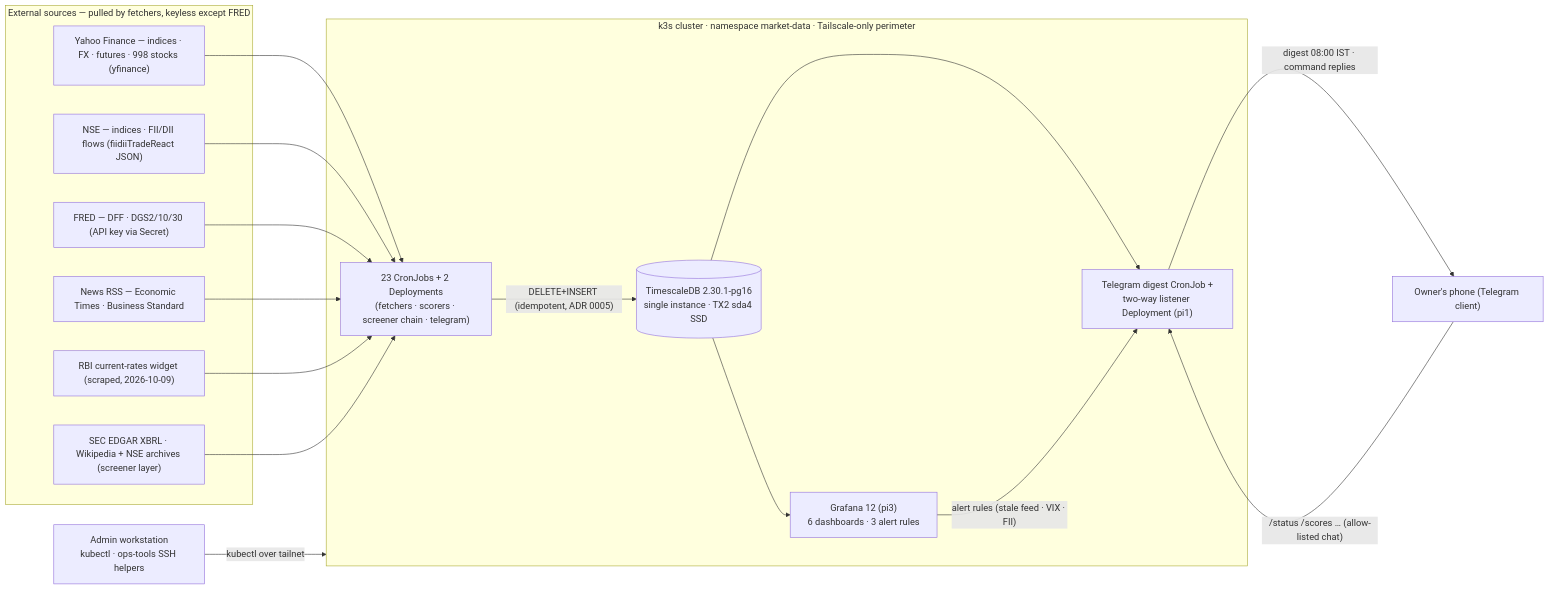
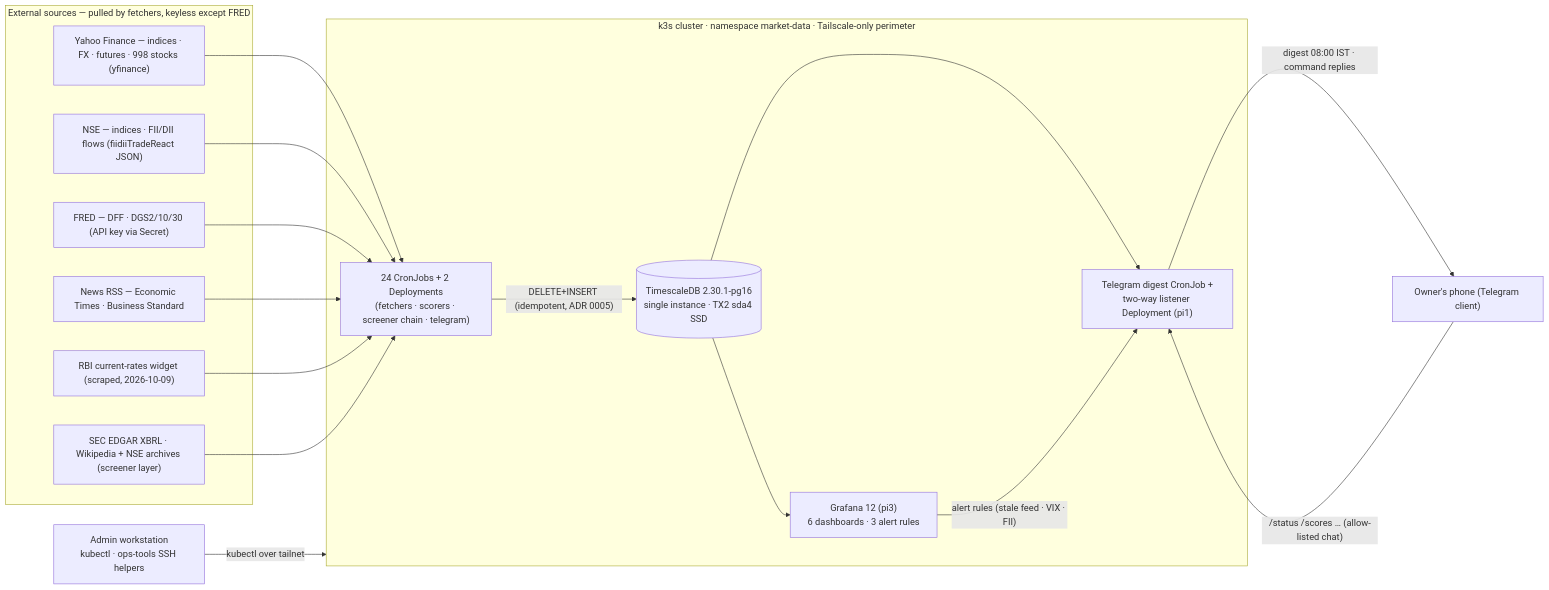
The first of 9 diagrams in docs/market-data-architecture.md (ahemanthyadav/-pi-market-pipeline), drawn with Mermaid before and after one commit. The commit also changed other lines of this file and 26 other files, not shown here.

````diff
--- a/docs/market-data-architecture.md
+++ b/docs/market-data-architecture.md
@@ -69,35 +69,35 @@
 ```mermaid
 flowchart LR
     subgraph EXT["External sources — pulled by fetchers, keyless except FRED"]
         YF["Yahoo Finance — indices · FX · futures · 998 stocks (yfinance)"]
         NSE["NSE — indices · FII/DII flows (fiidiiTradeReact JSON)"]
         FRED["FRED — DFF · DGS2/10/30 (API key via Secret)"]
         RSS["News RSS — Economic Times · Business Standard"]
         RBIW["RBI current-rates widget (scraped, 2026-10-09)"]
         EDGR["SEC EDGAR XBRL · Wikipedia + NSE archives (screener layer)"]
     end
 
     subgraph K8S["k3s cluster · namespace market-data · Tailscale-only perimeter"]
-        JOBS["23 CronJobs + 2 Deployments<br/>(fetchers · scorers · screener chain · telegram)"]
+        JOBS["24 CronJobs + 2 Deployments<br/>(fetchers · scorers · screener chain · telegram)"]
         TSDB[("TimescaleDB 2.30.1-pg16<br/>single instance · TX2 sda4 SSD")]
         GRAF["Grafana 12 (pi3)<br/>6 dashboards · 3 alert rules"]
         TGB["Telegram digest CronJob +<br/>two-way listener Deployment (pi1)"]
     end
 
     ADMIN["Admin workstation<br/>kubectl · ops-tools SSH helpers"]
     PHONE["Owner's phone (Telegram client)"]
 
     YF --> JOBS
     NSE --> JOBS
     FRED --> JOBS
     RSS --> JOBS
     RBIW --> JOBS
     EDGR --> JOBS
     JOBS -- "DELETE+INSERT (idempotent, ADR 0005)" --> TSDB
     TSDB --> GRAF
     TSDB --> TGB
     GRAF -- "alert rules (stale feed · VIX · FII)" --> TGB
     TGB -- "digest 08:00 IST · command replies" --> PHONE
     PHONE -- "/status /scores … (allow-listed chat)" --> TGB
     ADMIN -- "kubectl over tailnet" --> K8S
 ```
````
